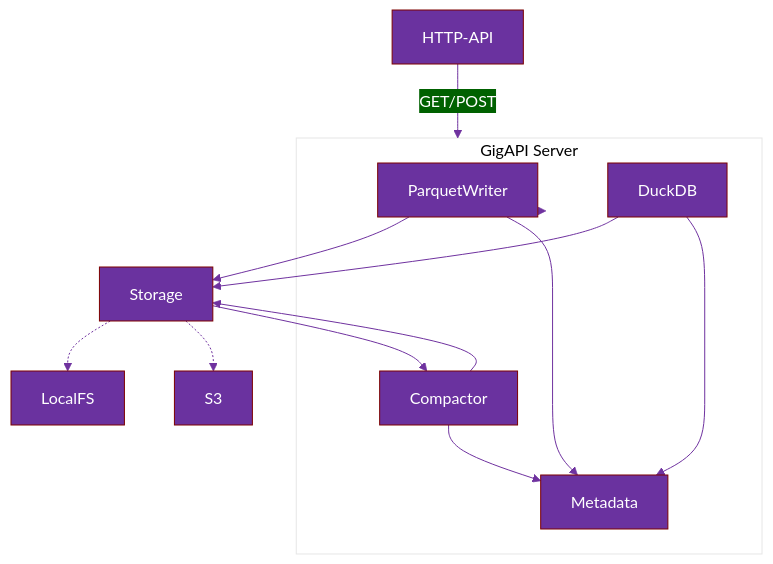
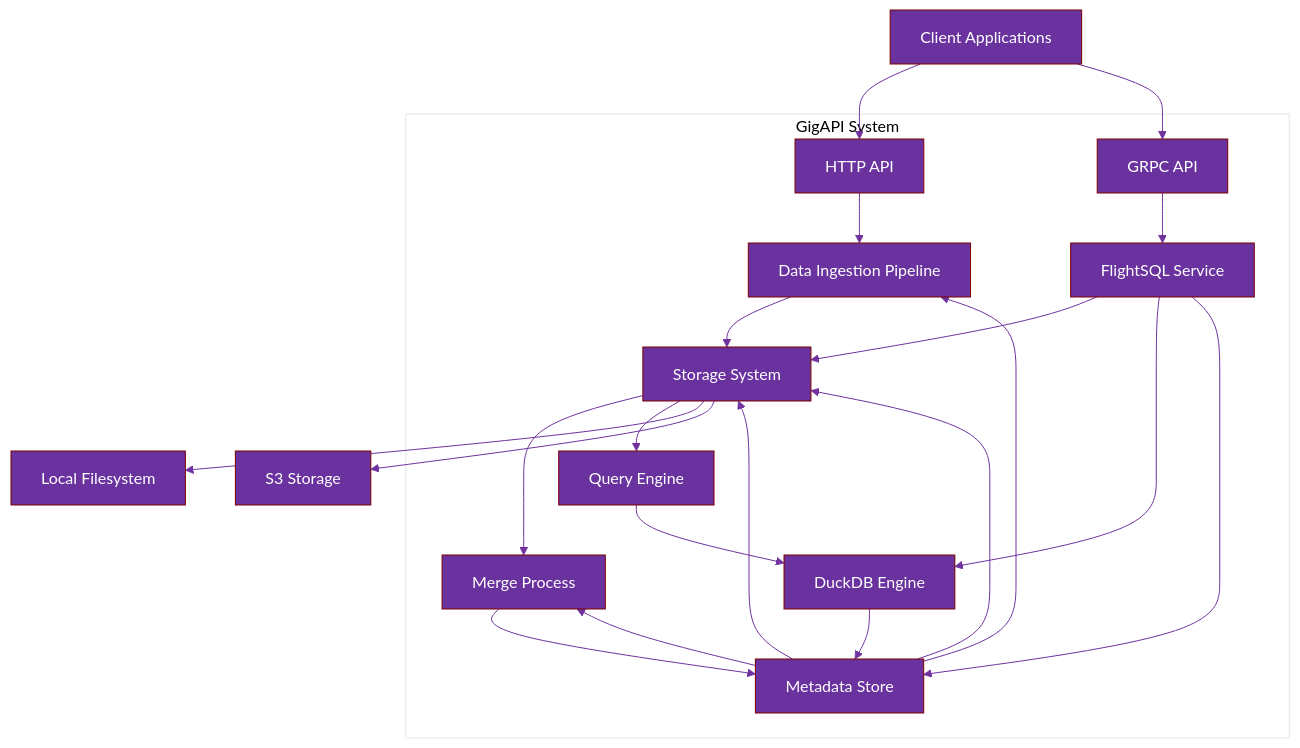
Before and after one commit to gigapi/gigapi: the diagram in README.md, drawn with Mermaid. The commit also changed other lines of this file, not shown here.

Commit message:
Update Diagram (WIP)

````diff
--- a/README.md
+++ b/README.md
@@ -171,36 +172,46 @@
 ```mermaid
 %%{
   init: {
     'theme': 'base',
     'themeVariables': {
       'primaryColor': '#6a329f',
       'primaryTextColor': '#fff',
       'primaryBorderColor': '#7C0000',
       'lineColor': '#6f329f',
       'secondaryColor': '#006100',
       'tertiaryColor': '#fff'
     }
   }
 }%%
+graph TD
+    subgraph "GigAPI System"
+        HTTP["HTTP API"] --> DataIngestion["Data Ingestion Pipeline"]
+        GRPC["GRPC API"] --> FlightSQL["FlightSQL Service"]
 
-  graph TD;
-      GigAPI-->ParquetWriter;
-      ParquetWriter-->Storage;
-      ParquetWriter-->Metadata;
-      Storage-->Compactor;
-      Compactor-->Storage;
-      Compactor-->Metadata;
-      Storage-.->LocalFS;
-      Storage-.->S3;
-      HTTP-API-- GET/POST --> GigAPI;
-      DuckDB-->Storage;
-      DuckDB-->Metadata;
+        Configuration["Metadata Store"] --> Storage
+        Configuration --> DataIngestion
+        Configuration --> Storage
+        Configuration --> MergeProcess
+        MergeProcess --> Configuration
 
-      subgraph GigAPI[GigAPI Server]
-        ParquetWriter
-        Compactor
-        Metadata;
-        DuckDB;
-      end
+        FlightSQL["FlightSQL Service"] --> Storage["Storage System"]
+        FlightSQL["FlightSQL Service"] --> DuckDB["DuckDB Engine"]
 
+        DataIngestion --> Storage["Storage System"]
+        Storage --> MergeProcess["Merge Process"]
+        Storage --> QueryEngine["Query Engine"]
+
+        DuckDB["DuckDB Engine"] --> Configuration
+        
+        
+    end
+    
+    Client["Client Applications"] --> HTTP
+    Client["Client Applications"] --> GRPC
+    
+    Storage --> LocalFS["Local Filesystem"]
+    Storage --> S3["S3 Storage"]
+    
+    QueryEngine --> DuckDB["DuckDB Engine"]    
+    FlightSQL["FlightSQL Service"] --> Configuration
 ```
````
